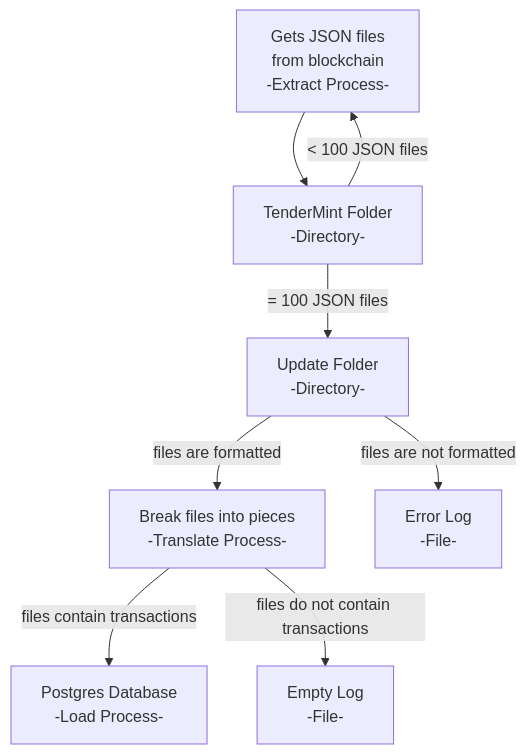
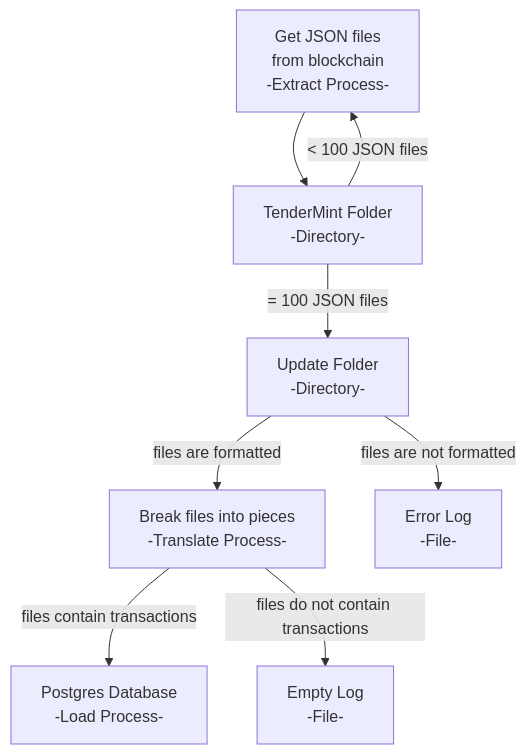
One commit to patmcfarland/one changed the diagram in README.md. Above: the diagram before and after it, drawn with Mermaid.

````diff
--- a/README.md
+++ b/README.md
@@ -1,16 +1,16 @@
 ```mermaid
 flowchart TD
-A[Gets JSON files<br>from blockchain<br>-Extract Process-]
+A[Get JSON files<br>from blockchain<br>-Extract Process-]
 A --> B
 B[TenderMint Folder<br>-Directory-]
 B -- = 100 JSON files --> C[Update Folder<br>-Directory-]
 B -- < 100 JSON files --> A
 C -- files are formatted --> D
 D[Break files into pieces<br>-Translate Process-]
 C -- files are not formatted --> E
 E[Error Log<br>-File-]
 F[Postgres Database<br>-Load Process-]
 D -- files contain transactions --> F
 D -- files do not contain transactions --> G
 G[Empty Log<br>-File-]
 ```
````
